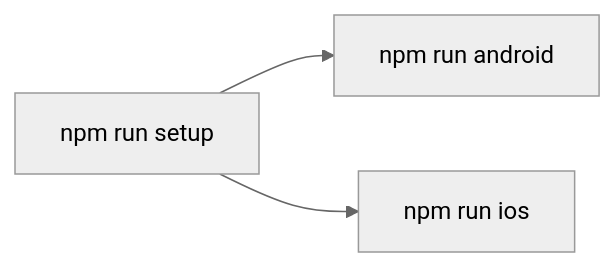
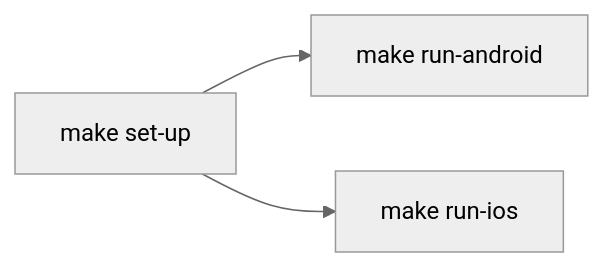
Before and after one commit to DAMHONGDUC/private-jet: the diagram in docs/setup.md, drawn with Mermaid (neutral theme). The commit also changed other lines of this file and 11 other files, not shown here.

````diff
--- a/docs/setup.md
+++ b/docs/setup.md
@@ -25,5 +27,5 @@
 ```mermaid
 flowchart LR
-  A[npm run setup] --> B[npm run android]
-  A --> C[npm run ios]
+  A[make set-up] --> B[make run-android]
+  A --> C[make run-ios]
 ```
````
